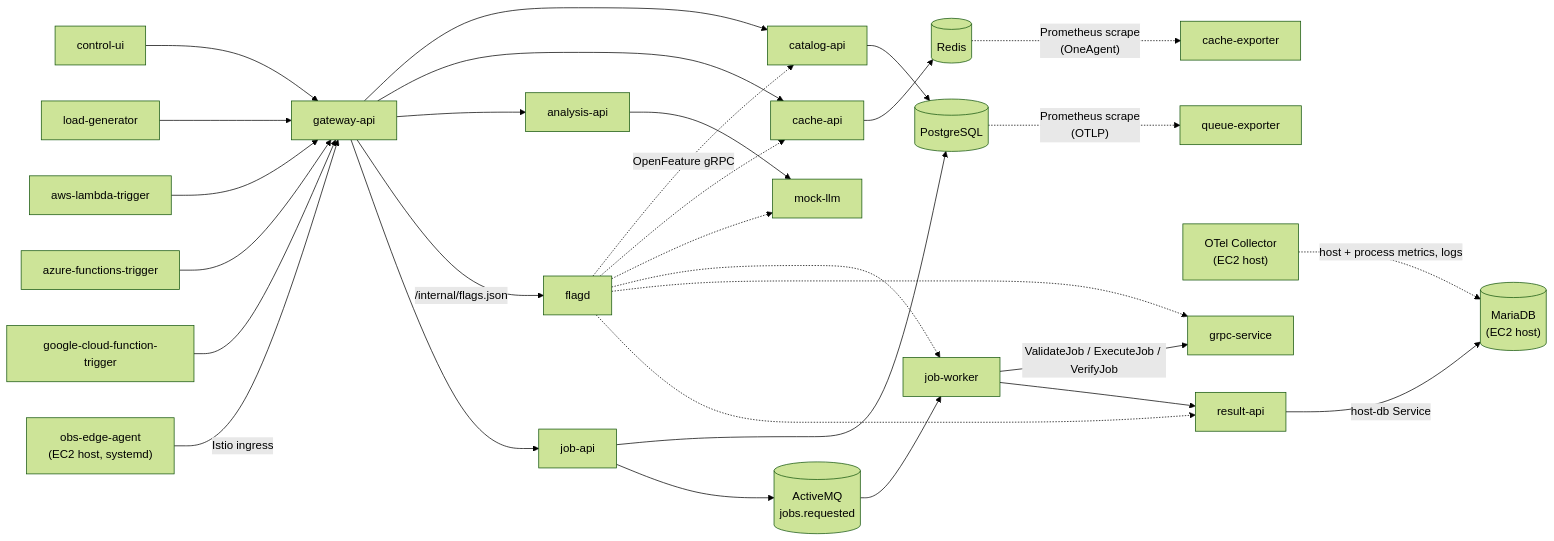
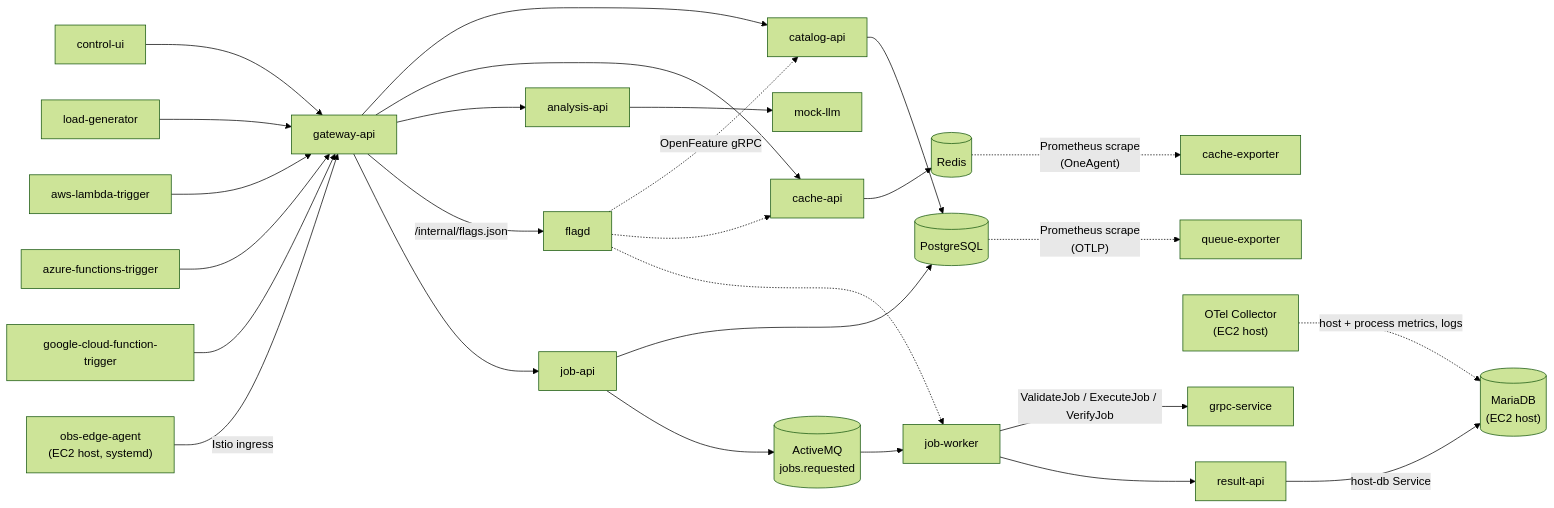
One commit to tristanmarl/obs-demo changed the diagram in docs/architecture.md. Above: the diagram before and after it, drawn with Mermaid (forest theme). The commit also changed other lines of this file and 29 other files, not shown here.

````diff
--- a/docs/architecture.md
+++ b/docs/architecture.md
@@ -5,37 +5,34 @@
 ```mermaid
 flowchart LR
   control["control-ui"] --> gateway["gateway-api"]
   load["load-generator"] --> gateway
   aws["aws-lambda-trigger"] --> gateway
   azure["azure-functions-trigger"] --> gateway
   google["google-cloud-function-trigger"] --> gateway
 
   gateway --> catalog["catalog-api"]
   catalog --> postgres[("PostgreSQL")]
   gateway --> cache["cache-api"]
   cache --> redis[("Redis")]
   gateway --> analysis["analysis-api"]
   analysis --> llm["mock-llm"]
 
   gateway -->|"/internal/flags.json"| flagd["flagd"]
   flagd -.->|"OpenFeature gRPC"| catalog
   flagd -.-> cache
-  flagd -.-> llm
   flagd -.-> worker
-  flagd -.-> grpc
-  flagd -.-> result
 
   gateway --> job["job-api"]
   job --> postgres
   job --> broker[("ActiveMQ\njobs.requested")]
   broker --> worker["job-worker"]
   worker -->|"ValidateJob / ExecuteJob / VerifyJob"| grpc["grpc-service"]
   worker --> result["result-api"]
 
   edge["obs-edge-agent\n(EC2 host, systemd)"] -->|"Istio ingress"| gateway
   result -->|"host-db Service"| hostdb[("MariaDB\n(EC2 host)")]
   hcol["OTel Collector\n(EC2 host)"] -.->|"host + process metrics, logs"| hostdb
 
   redis -.->|"Prometheus scrape\n(OneAgent)"| cexp["cache-exporter"]
   postgres -.->|"Prometheus scrape\n(OTLP)"| qexp["queue-exporter"]
 ```
````
